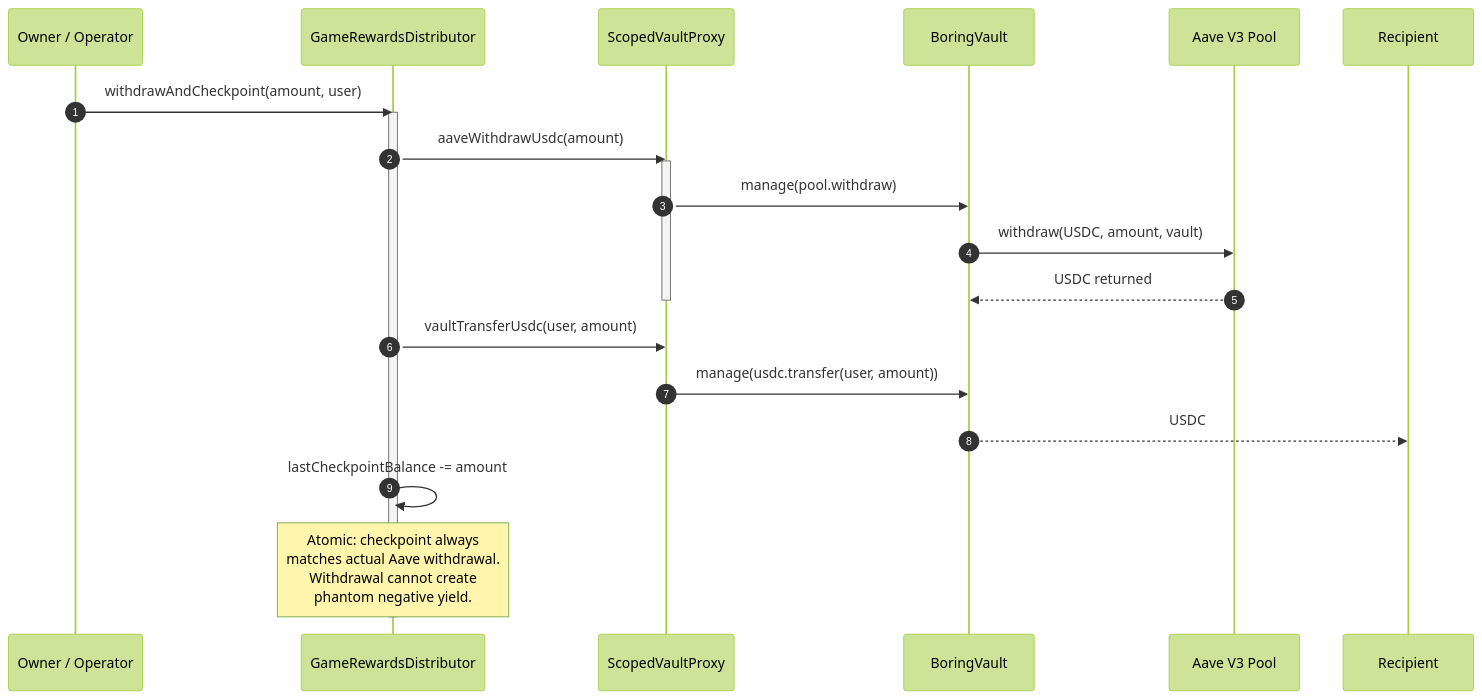
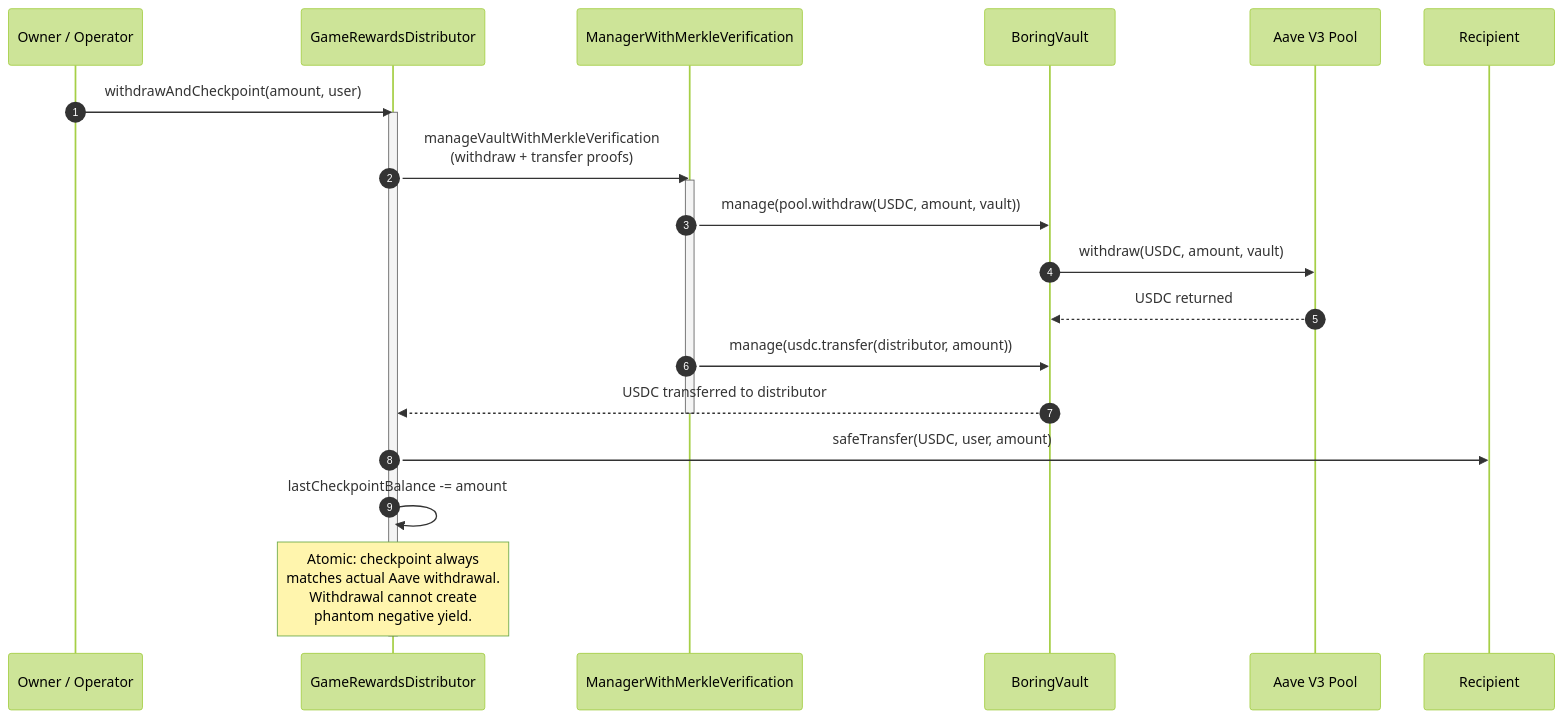
The fourth of 7 diagrams in docs/architecture.md (corbinpage/clawtogether-contracts), drawn with Mermaid (forest theme) before and after one commit. The commit also changed other lines of this file and 4 other files, not shown here.

Commit message:
Rename gyvUSDC to clawUSDC and update docs for ManagerWithMerkleVerification

````diff
--- a/docs/architecture.md
+++ b/docs/architecture.md
@@ -164,30 +162,30 @@
 ```mermaid
 sequenceDiagram
     autonumber
     participant OP as Owner / Operator
     participant DIST as GameRewardsDistributor
-    participant PROXY as ScopedVaultProxy
+    participant MGR as ManagerWithMerkleVerification
     participant VAULT as BoringVault
     participant AAVE as Aave V3 Pool
     participant USER as Recipient
 
     OP->>DIST: withdrawAndCheckpoint(amount, user)
     activate DIST
 
-    DIST->>PROXY: aaveWithdrawUsdc(amount)
-    activate PROXY
-    PROXY->>VAULT: manage(pool.withdraw)
+    DIST->>MGR: manageVaultWithMerkleVerification<br/>(withdraw + transfer proofs)
+    activate MGR
+    MGR->>VAULT: manage(pool.withdraw(USDC, amount, vault))
     VAULT->>AAVE: withdraw(USDC, amount, vault)
     AAVE-->>VAULT: USDC returned
-    deactivate PROXY
+    MGR->>VAULT: manage(usdc.transfer(distributor, amount))
+    VAULT-->>DIST: USDC transferred to distributor
+    deactivate MGR
 
-    DIST->>PROXY: vaultTransferUsdc(user, amount)
-    PROXY->>VAULT: manage(usdc.transfer(user, amount))
-    VAULT-->>USER: USDC
+    DIST->>USER: safeTransfer(USDC, user, amount)
 
     DIST->>DIST: lastCheckpointBalance -= amount
 
     Note over DIST: Atomic: checkpoint always<br/>matches actual Aave withdrawal.<br/>Withdrawal cannot create<br/>phantom negative yield.
 
     deactivate DIST
 ```
````
